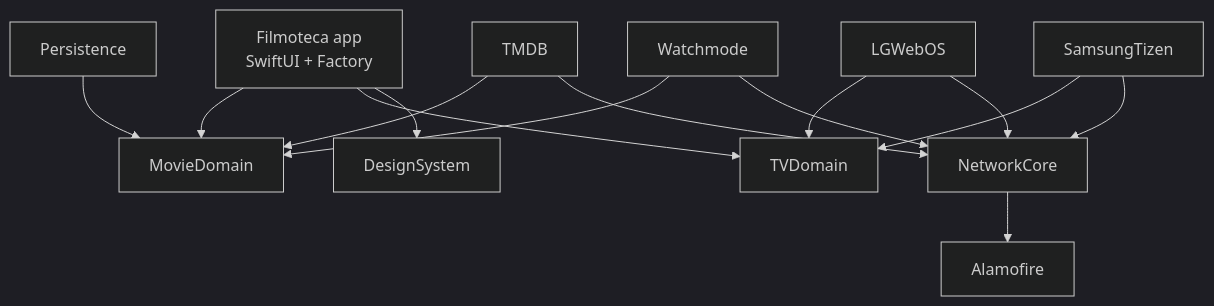
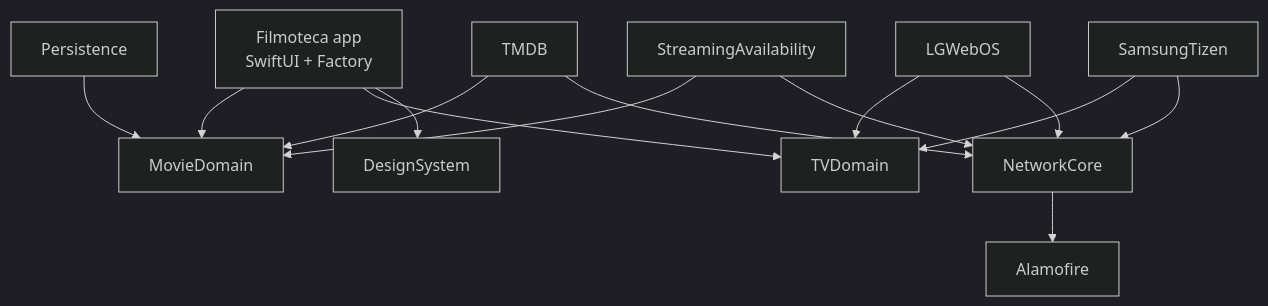
The diagram in README.md (manoelfilho/filmoteca), drawn with Mermaid (dark theme) before and after one commit. The commit also changed other lines of this file and 30 other files, not shown here.

````diff
--- a/README.md
+++ b/README.md
@@ -108,19 +114,19 @@
 ```mermaid
 graph TD
     App[Filmoteca app<br/>SwiftUI + Factory] --> MovieDomain
     App --> TVDomain
     App --> DesignSystem
 
     TMDB --> MovieDomain
     TMDB --> NetworkCore
-    Watchmode --> MovieDomain
-    Watchmode --> NetworkCore
+    StreamingAvailability --> MovieDomain
+    StreamingAvailability --> NetworkCore
     Persistence --> MovieDomain
 
     LGWebOS --> TVDomain
     LGWebOS --> NetworkCore
     SamsungTizen --> TVDomain
     SamsungTizen --> NetworkCore
 
     NetworkCore --> Alamofire
 ```
````
